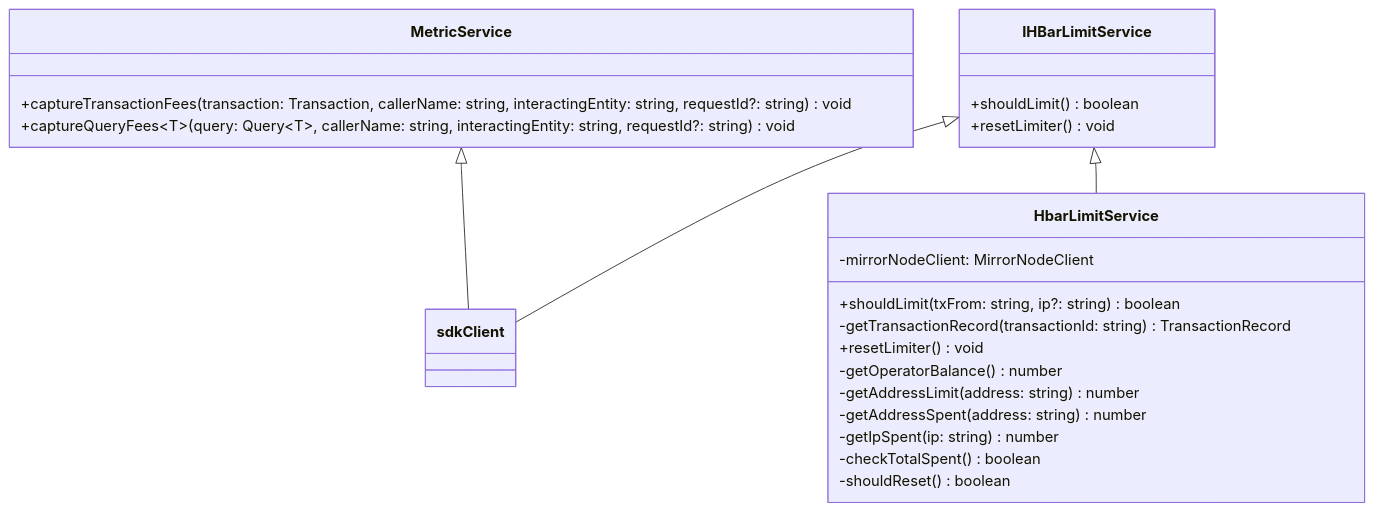
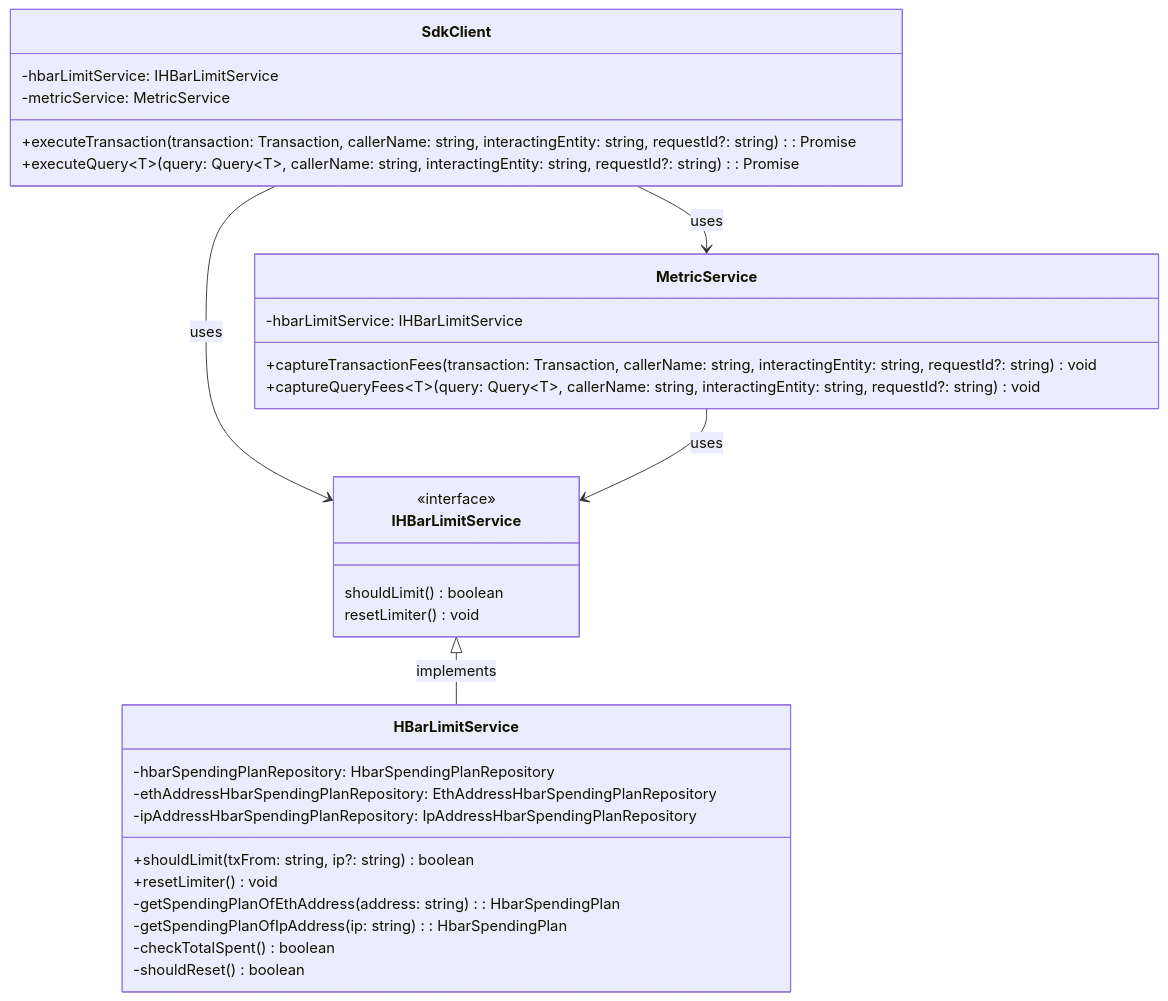
The first of 2 diagrams in docs/design/hbar-limiter.md (hashgraph/hedera-json-rpc-relay), drawn with Mermaid before and after one commit.

Commit message:
chore: improve diagrams

````diff
--- a/docs/design/hbar-limiter.md
+++ b/docs/design/hbar-limiter.md
@@ -60,31 +60,37 @@
 ```mermaid
 classDiagram
-    class sdkClient
+    class SdkClient {
+        -hbarLimitService: IHBarLimitService
+        -metricService: MetricService
+        +executeTransaction(transaction: Transaction, callerName: string, interactingEntity: string, requestId?: string): Promise<TransactionId>
+        +executeQuery~T~(query: Query~T~, callerName: string, interactingEntity: string, requestId?: string): Promise<Query~T~>
+    }
 
     class MetricService {
+      -hbarLimitService: IHBarLimitService
       +captureTransactionFees(transaction: Transaction, callerName: string, interactingEntity: string, requestId?: string) void
       +captureQueryFees~T~(query: Query~T~, callerName: string, interactingEntity: string, requestId?: string) void
     }
 
-    MetricService <|-- sdkClient
-
-    class HbarLimitService {
-        -mirrorNodeClient: MirrorNodeClient
+    class HBarLimitService {
+        -hbarSpendingPlanRepository: HbarSpendingPlanRepository
+        -ethAddressHbarSpendingPlanRepository: EthAddressHbarSpendingPlanRepository
+        -ipAddressHbarSpendingPlanRepository: IpAddressHbarSpendingPlanRepository
         +shouldLimit(txFrom: string, ip?: string) boolean
-        -getTransactionRecord(transactionld: string) TransactionRecord
         +resetLimiter() void
-        -getOperatorBalance() number
-        -getAddressLimit(address: string) number
-        -getAddressSpent(address: string) number
-        -getIpSpent(ip: string) number
+        -getSpendingPlanOfEthAddress(address: string): HbarSpendingPlan
+        -getSpendingPlanOfIpAddress(ip: string): HbarSpendingPlan
         -checkTotalSpent() boolean
         -shouldReset() boolean
     }
     
-    class IHBarLimitService {
-      +shouldLimit() boolean
-      +resetLimiter() void
-    }
-    IHBarLimitService <|-- sdkClient
-    IHBarLimitService <|-- HbarLimitService
+    class IHBarLimitService
+    <<interface>> IHBarLimitService
+    IHBarLimitService : shouldLimit() boolean
+    IHBarLimitService : resetLimiter() void
+
+    SdkClient --> MetricService : uses
+    SdkClient --> IHBarLimitService : uses
+    MetricService --> IHBarLimitService : uses
+    IHBarLimitService <|-- HBarLimitService: implements
 ```
````
